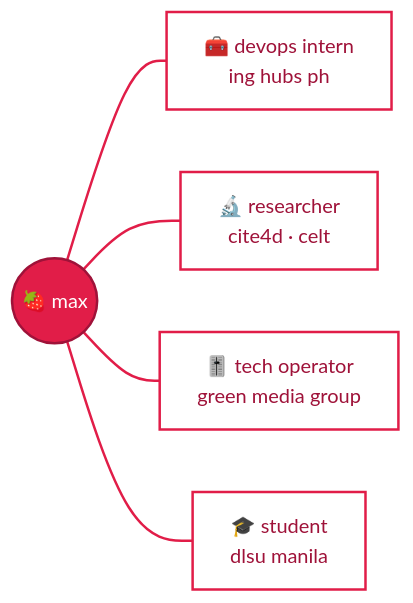
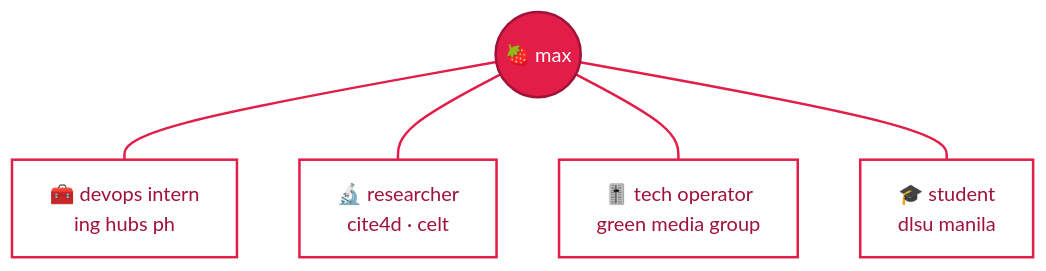
One commit to mbchavez27/mbchavez27 changed the fifth of 5 diagrams in README.md. Above: the diagram before and after it, drawn with Mermaid (base theme). The commit also changed other lines of this file, not shown here.

Commit message:
Fix line breaks in Mermaid diagrams in README

````diff
--- a/README.md
+++ b/README.md
@@ -111,13 +111,14 @@
 ```mermaid
-flowchart LR
-    me(("🍓 max")) --- a["🧰 devops intern<br/>ing hubs ph"]
+flowchart TB
+    me(("🍓 max"))
+    me --- a["🧰 devops intern<br/>ing hubs ph"]
     me --- b["🔬 researcher<br/>cite4d · celt"]
     me --- c["🎚️ tech operator<br/>green media group"]
     me --- d["🎓 student<br/>dlsu manila"]
 
     classDef core fill:#e11d48,stroke:#9f1239,stroke-width:2px,color:#ffffff
     classDef leaf fill:#ffffff,stroke:#e11d48,stroke-width:2px,color:#9f1239
     class me core
     class a,b,c,d leaf
     linkStyle default stroke:#e11d48,stroke-width:2px
 ```
````
